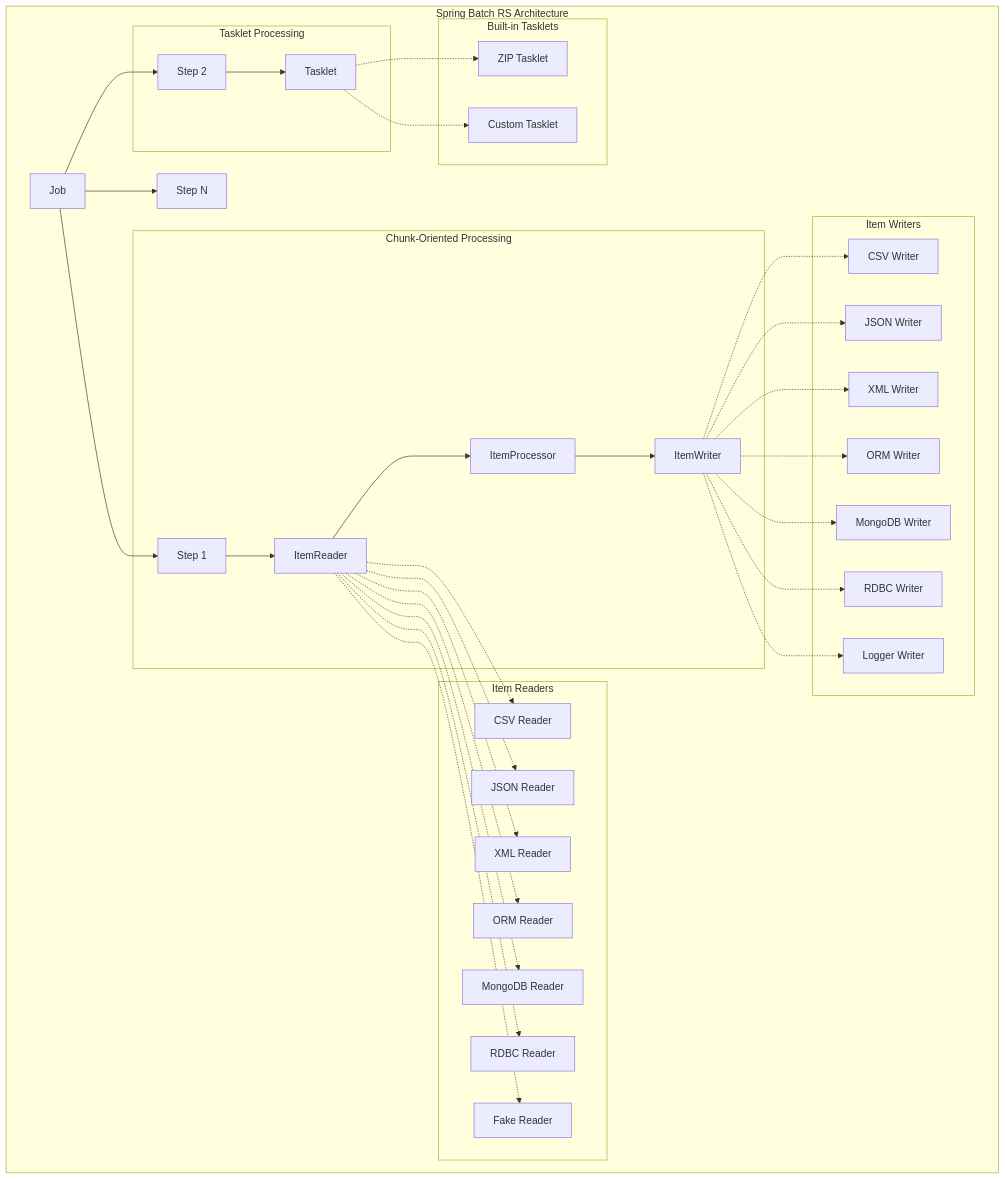
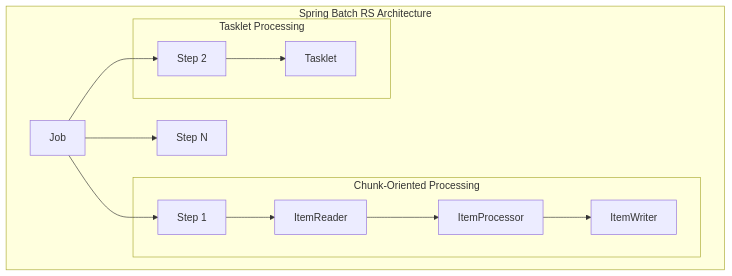
Before and after one commit to sboussekeyt/spring-batch-rs: the diagram in README.md, drawn with Mermaid. The commit also changed 1 other file, not shown here.

Commit message:
refactor: streamline item processing diagram in README and lib.rs
- Updated the item processing flow in both README.md and lib.rs to use consistent naming for ItemReader, ItemProcessor, and ItemWriter.
- Removed redundant subgraphs for item readers, writers, and built-in tasklets to enhance clarity and focus on the main processing structure.

````diff
--- a/README.md
+++ b/README.md
@@ -16,62 +16,18 @@
 ```mermaid
 graph TB
     subgraph "Spring Batch RS Architecture"
         Job[Job] --> Step1[Step 1]
         Job --> Step2[Step 2]
         Job --> StepN[Step N]
 
         subgraph "Chunk-Oriented Processing"
-            Step1 --> Reader1[ItemReader]
-            Reader1 --> Processor1[ItemProcessor]
-            Processor1 --> Writer1[ItemWriter]
+            Step1 --> Reader[ItemReader]
+            Reader --> Processor[ItemProcessor]
+            Processor --> Writer[ItemWriter]
         end
 
         subgraph "Tasklet Processing"
             Step2 --> Tasklet[Tasklet]
         end
-
-        subgraph "Item Readers"
-            CSV[CSV Reader]
-            JSON[JSON Reader]
-            XML[XML Reader]
-            ORM[ORM Reader]
-            MongoDB[MongoDB Reader]
-            RDBC[RDBC Reader]
-            Fake[Fake Reader]
-        end
-
-        subgraph "Item Writers"
-            CSVW[CSV Writer]
-            JSONW[JSON Writer]
-            XMLW[XML Writer]
-            ORMW[ORM Writer]
-            MongoDBW[MongoDB Writer]
-            RDBCW[RDBC Writer]
-            Logger[Logger Writer]
-        end
-
-        subgraph "Built-in Tasklets"
-            ZipT[ZIP Tasklet]
-            CustomT[Custom Tasklet]
-        end
-
-        Reader1 -.-> CSV
-        Reader1 -.-> JSON
-        Reader1 -.-> XML
-        Reader1 -.-> ORM
-        Reader1 -.-> MongoDB
-        Reader1 -.-> RDBC
-        Reader1 -.-> Fake
-
-        Writer1 -.-> CSVW
-        Writer1 -.-> JSONW
-        Writer1 -.-> XMLW
-        Writer1 -.-> ORMW
-        Writer1 -.-> MongoDBW
-        Writer1 -.-> RDBCW
-        Writer1 -.-> Logger
-
-        Tasklet -.-> ZipT
-        Tasklet -.-> CustomT
     end
 ```
````
